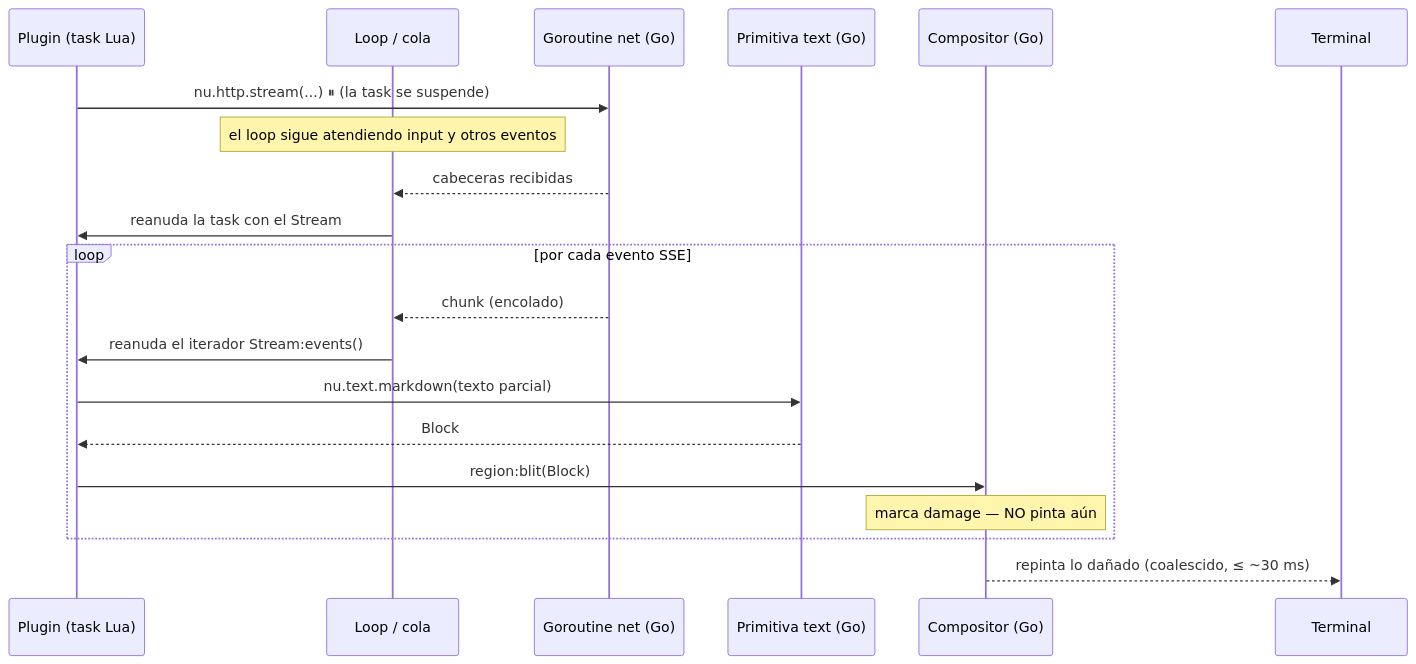
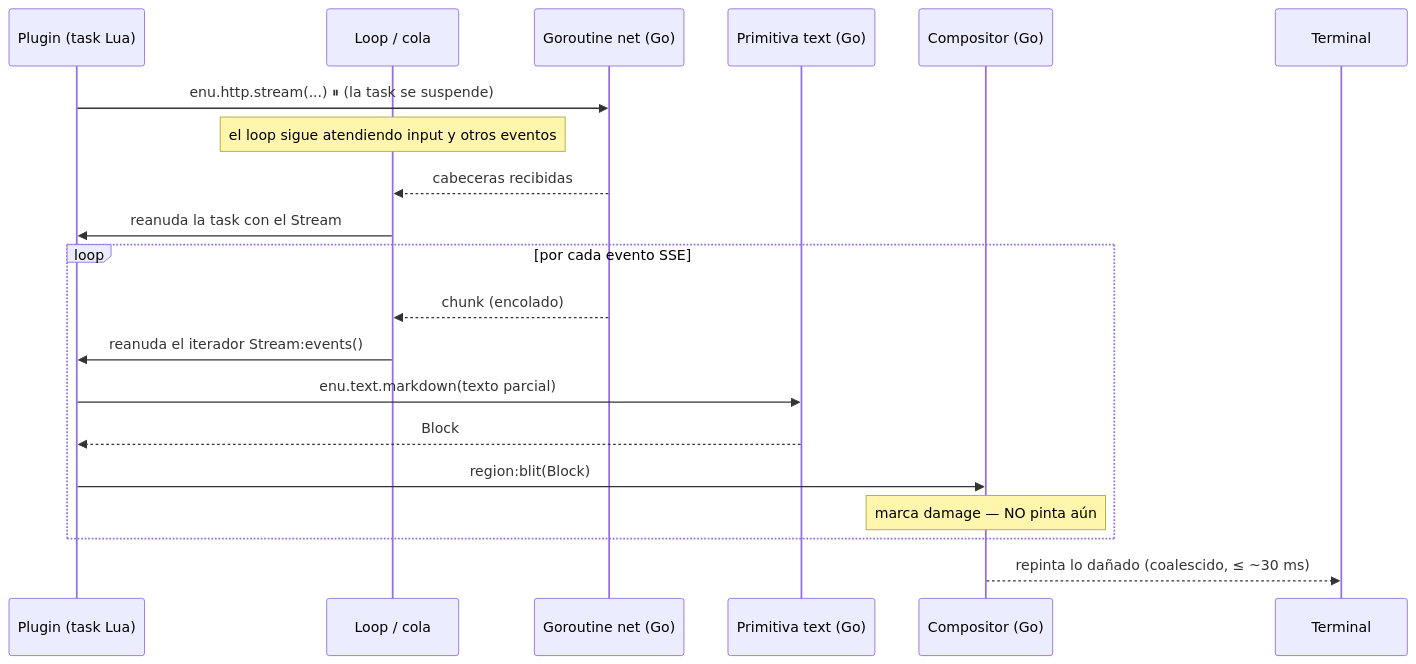
One commit to dbareagimeno/enu changed the second of 2 diagrams in docs/modelo-ejecucion.md. Above: the diagram before and after it, drawn with Mermaid. The commit also changed other lines of this file and 320 other files, not shown here.

````diff
--- a/docs/modelo-ejecucion.md
+++ b/docs/modelo-ejecucion.md
@@ -65,23 +65,23 @@
 ```mermaid
 sequenceDiagram
     participant P as Plugin (task Lua)
     participant L as Loop / cola
     participant N as Goroutine net (Go)
     participant TX as Primitiva text (Go)
     participant C as Compositor (Go)
     participant T as Terminal
 
-    P->>N: nu.http.stream(...) ⏸ (la task se suspende)
+    P->>N: enu.http.stream(...) ⏸ (la task se suspende)
     Note over L: el loop sigue atendiendo input y otros eventos
     N-->>L: cabeceras recibidas
     L->>P: reanuda la task con el Stream
     loop por cada evento SSE
         N-->>L: chunk (encolado)
         L->>P: reanuda el iterador Stream:events()
-        P->>TX: nu.text.markdown(texto parcial)
+        P->>TX: enu.text.markdown(texto parcial)
         TX-->>P: Block
         P->>C: region:blit(Block)
         Note over C: marca damage — NO pinta aún
     end
     C-->>T: repinta lo dañado (coalescido, ≤ ~30 ms)
 ```
````
